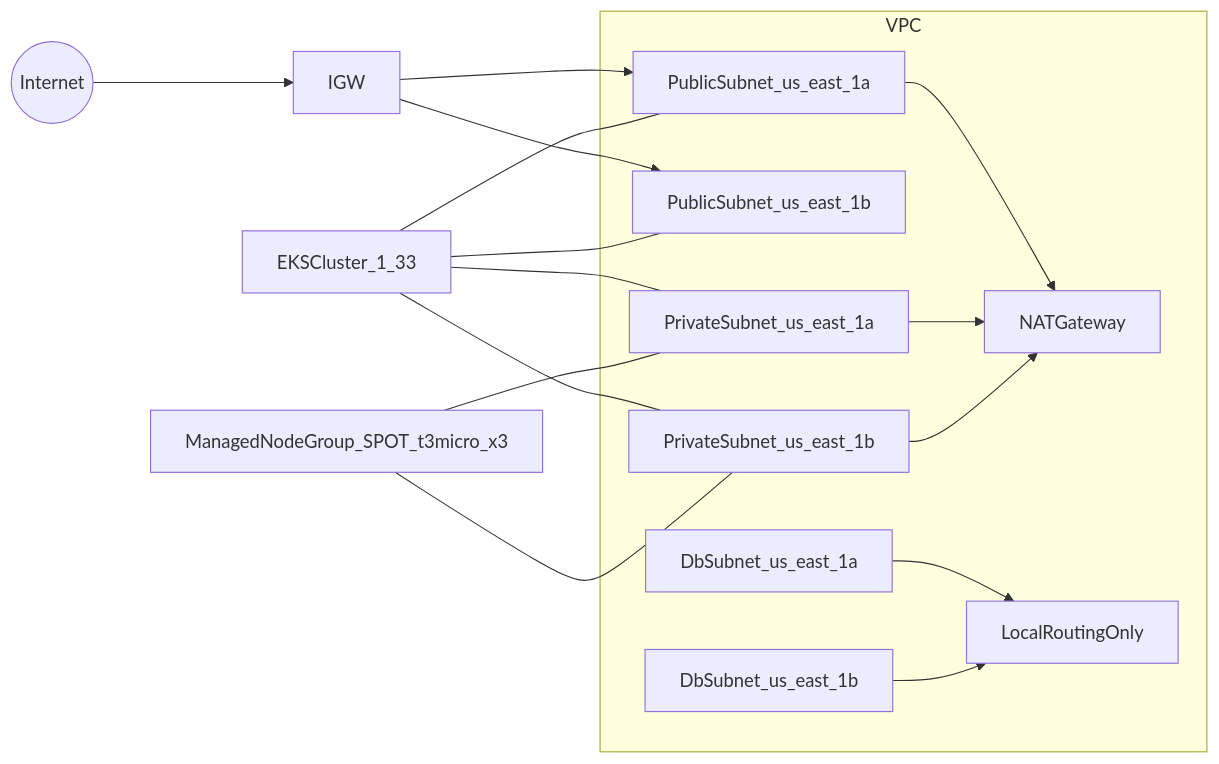
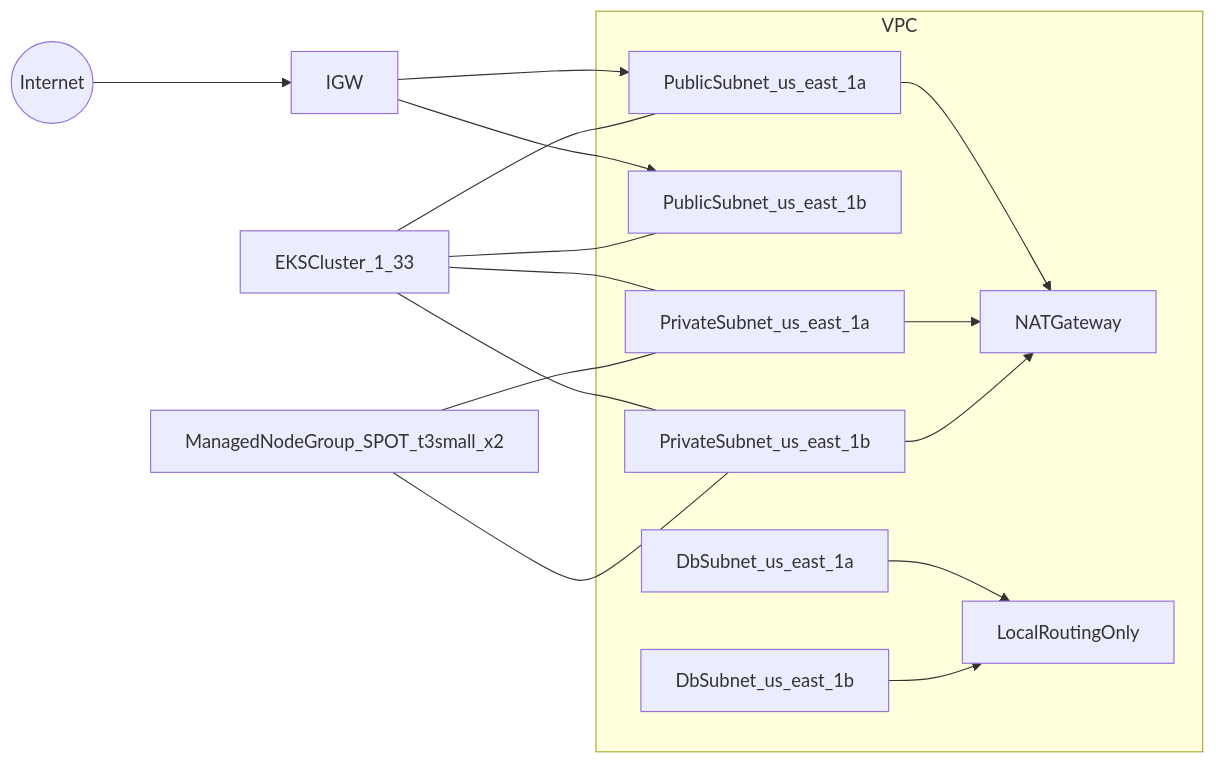
The diagram in README.md (rgtrovao/portfolio), drawn with Mermaid before and after one commit. The commit also changed 3 other files, not shown here.

````diff
--- a/README.md
+++ b/README.md
@@ -22,27 +22,27 @@
 ```mermaid
 flowchart LR
   Internet((Internet)) --> IGW
   IGW --> PublicA
   IGW --> PublicB
   PublicA --> NatGw
   PrivateA --> NatGw
   PrivateB --> NatGw
   DbA --> LocalOnly
   DbB --> LocalOnly
   subgraph VPC[VPC]
     PublicA[PublicSubnet_us_east_1a]
     PublicB[PublicSubnet_us_east_1b]
     PrivateA[PrivateSubnet_us_east_1a]
     PrivateB[PrivateSubnet_us_east_1b]
     DbA[DbSubnet_us_east_1a]
     DbB[DbSubnet_us_east_1b]
     NatGw[NATGateway]
     LocalOnly[LocalRoutingOnly]
   end
   EKS[EKSCluster_1_33] --- PublicA
   EKS --- PublicB
   EKS --- PrivateA
   EKS --- PrivateB
-  NodeGroup[ManagedNodeGroup_SPOT_t3micro_x3] --- PrivateA
+  NodeGroup[ManagedNodeGroup_SPOT_t3small_x2] --- PrivateA
   NodeGroup --- PrivateB
 ```
````
